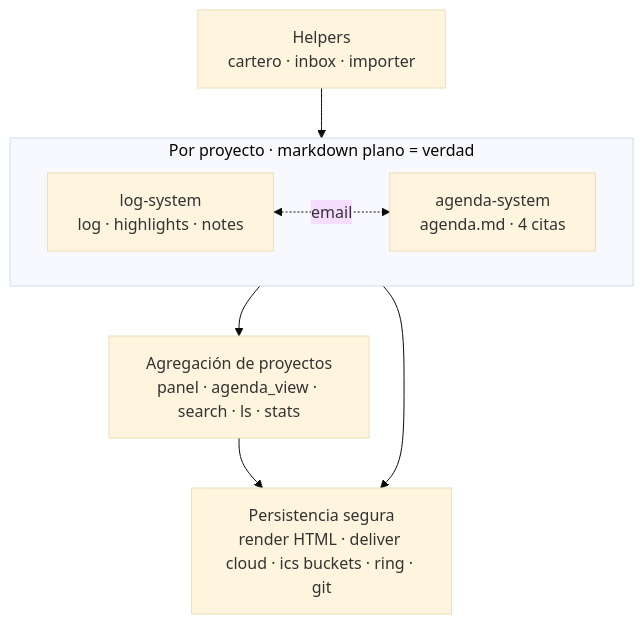
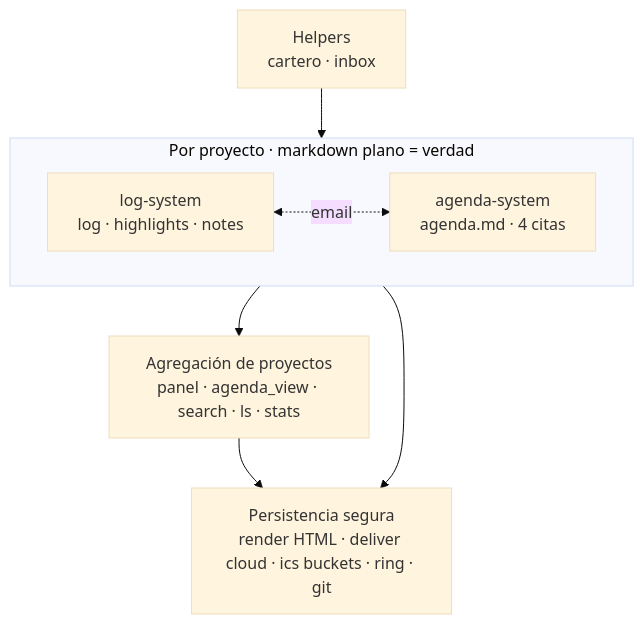
The first of 2 diagrams in MODULES.md (jahernando/orbit), drawn with Mermaid (base theme) before and after one commit. The commit also changed other lines of this file and 5 other files, not shown here.

````diff
--- a/MODULES.md
+++ b/MODULES.md
@@ -11,18 +11,18 @@
 ```mermaid
 graph TB
     subgraph PROJ [Por proyecto · markdown plano = verdad]
         direction LR
         LOG[log-system<br/>log · highlights · notes]
         AG[agenda-system<br/>agenda.md · 4 citas]
         LOG <-. email .-> AG
     end
 
-    HELP[Helpers<br/>cartero · inbox · importer]
+    HELP[Helpers<br/>cartero · inbox]
     AGG[Agregación de proyectos<br/>panel · agenda_view · search · ls · stats]
     SAFE[Persistencia segura<br/>render HTML · deliver cloud · ics buckets · ring · git]
 
     HELP --> PROJ
     PROJ --> AGG
     PROJ --> SAFE
     AGG --> SAFE
 ```
````
